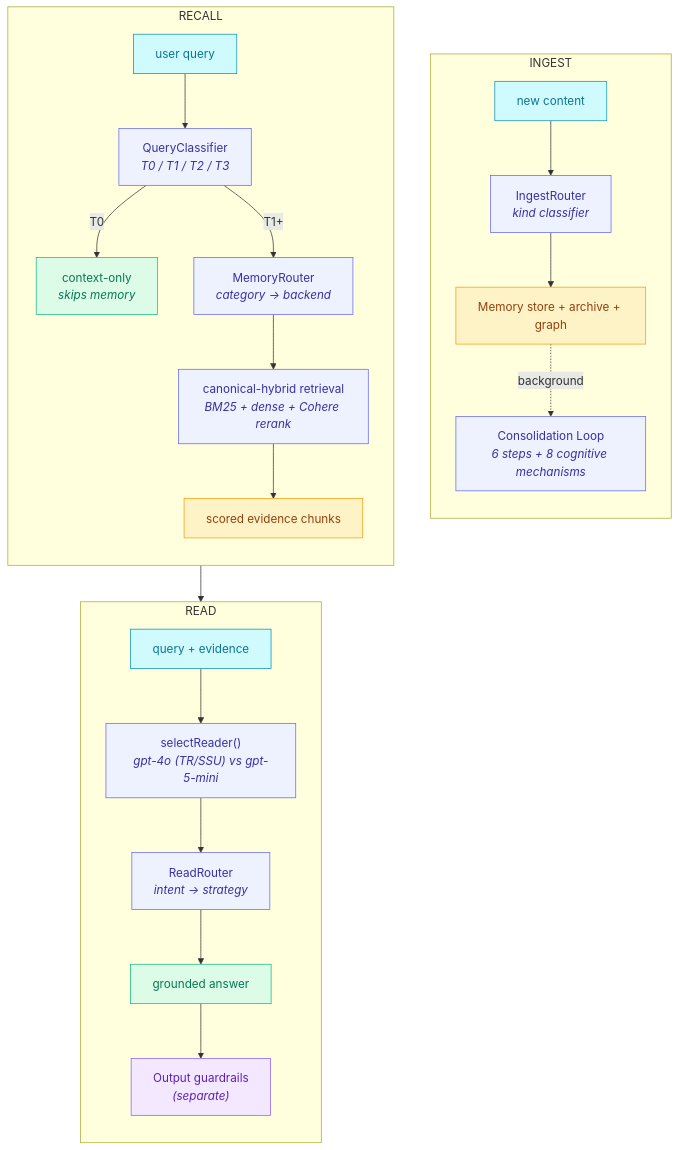
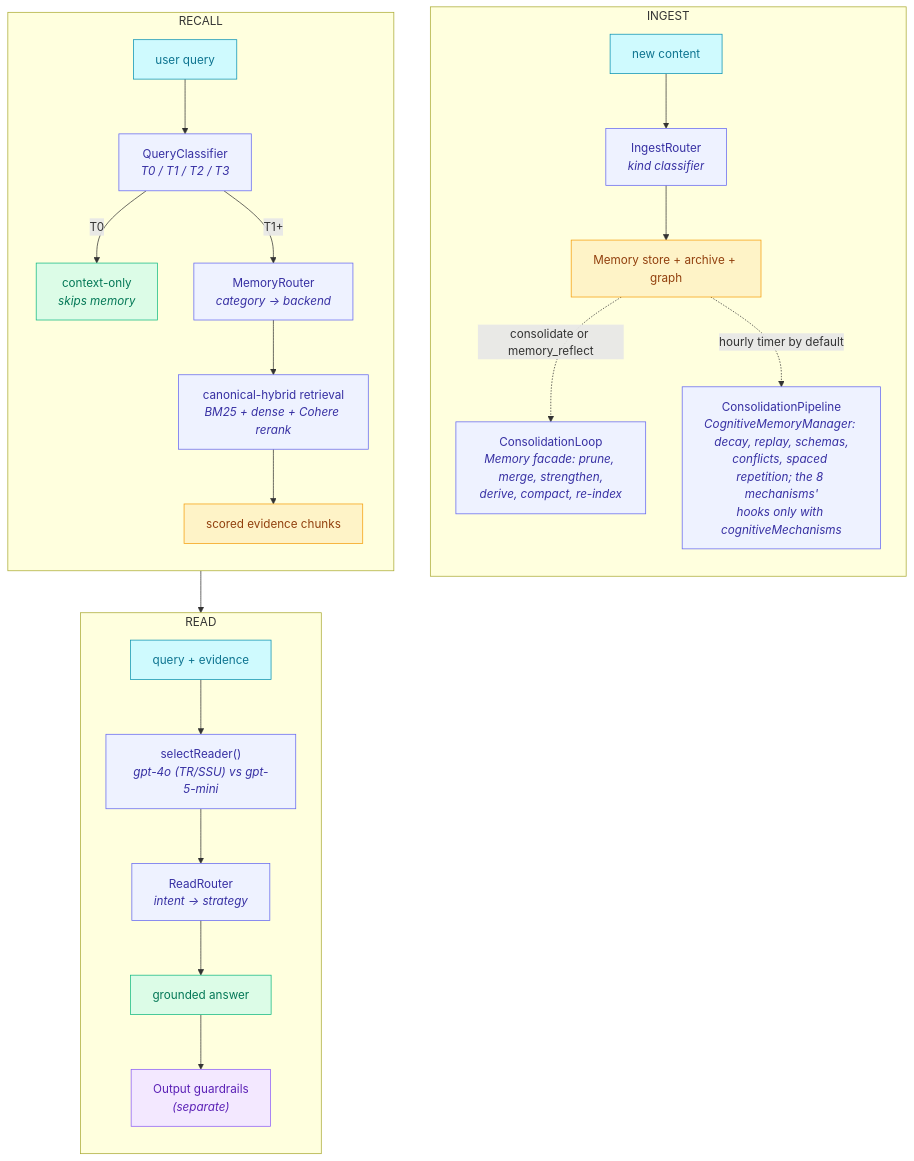
Before and after one commit to framerslab/agentos: the diagram in docs/MEMORY_SYSTEM_OVERVIEW.md, drawn with Mermaid. The commit also changed other lines of this file and 3 other files, not shown here.

First line of the commit message:
docs: alt texts for the redrawn diagrams, the layer list and the memory flow

````diff
--- a/docs/MEMORY_SYSTEM_OVERVIEW.md
+++ b/docs/MEMORY_SYSTEM_OVERVIEW.md
@@ -181,44 +181,46 @@
 ```mermaid
 flowchart TB
     subgraph ingest["INGEST"]
         direction TB
         I1["new content"]:::input
         I2["IngestRouter<br/><i>kind classifier</i>"]:::process
         I3["Memory store + archive + graph"]:::data
-        I4["Consolidation Loop<br/><i>6 steps + 8 cognitive mechanisms</i>"]:::process
+        I4["ConsolidationLoop<br/><i>Memory facade: prune, merge, strengthen,<br/>derive, compact, re-index</i>"]:::process
+        I5["ConsolidationPipeline<br/><i>CognitiveMemoryManager: decay, replay, schemas,<br/>conflicts, spaced repetition; the 8 mechanisms'<br/>hooks only with cognitiveMechanisms</i>"]:::process
         I1 --> I2 --> I3
-        I3 -. background .-> I4
+        I3 -. consolidate or memory_reflect .-> I4
+        I3 -. hourly timer by default .-> I5
     end
 
     subgraph recall["RECALL"]
         direction TB
         R1["user query"]:::input
         R2["QueryClassifier<br/><i>T0 / T1 / T2 / T3</i>"]:::process
         R3["context-only<br/><i>skips memory</i>"]:::output
         R4["MemoryRouter<br/><i>category → backend</i>"]:::process
         R5["canonical-hybrid retrieval<br/><i>BM25 + dense + Cohere rerank</i>"]:::process
         R6["scored evidence chunks"]:::data
         R1 --> R2
         R2 -- T0 --> R3
         R2 -- T1+ --> R4
         R4 --> R5 --> R6
     end
 
     subgraph read["READ"]
         direction TB
         D1["query + evidence"]:::input
         D2["selectReader()<br/><i>gpt-4o (TR/SSU) vs gpt-5-mini</i>"]:::process
         D3["ReadRouter<br/><i>intent → strategy</i>"]:::process
         D4["grounded answer"]:::output
         D5["Output guardrails<br/><i>(separate)</i>"]:::external
         D1 --> D2 --> D3 --> D4 --> D5
     end
 
     R6 --> D1
 
     classDef input fill:#cffafe,stroke:#0891b2,color:#0e7490
     classDef process fill:#eef2ff,stroke:#6366f1,color:#3730a3
     classDef data fill:#fef3c7,stroke:#f59e0b,color:#92400e
     classDef output fill:#dcfce7,stroke:#10b981,color:#047857
     classDef external fill:#f3e8ff,stroke:#8b5cf6,color:#5b21b6
 ```
````
